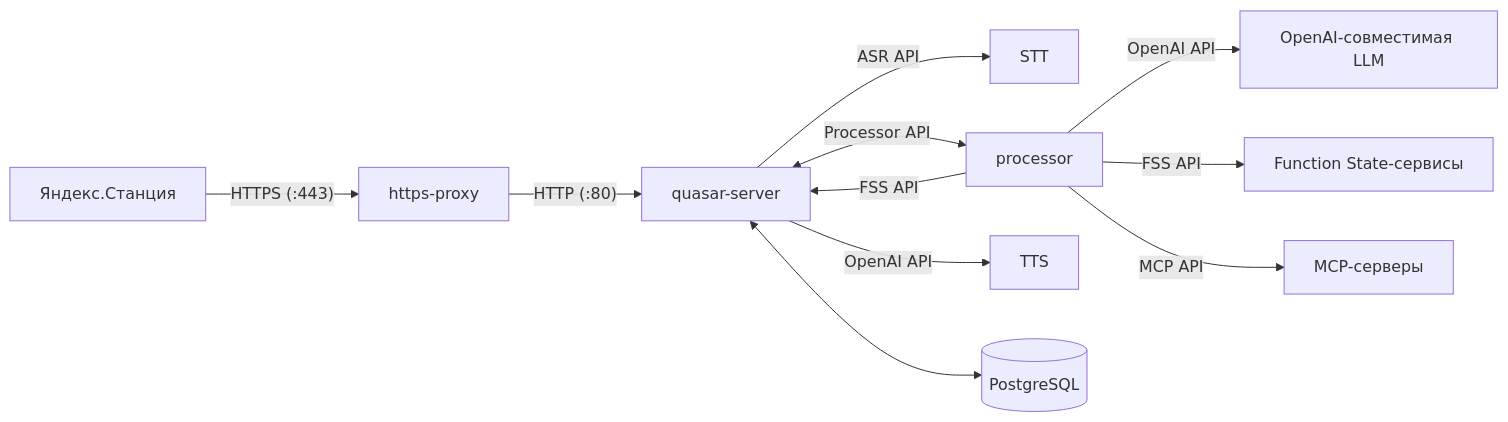
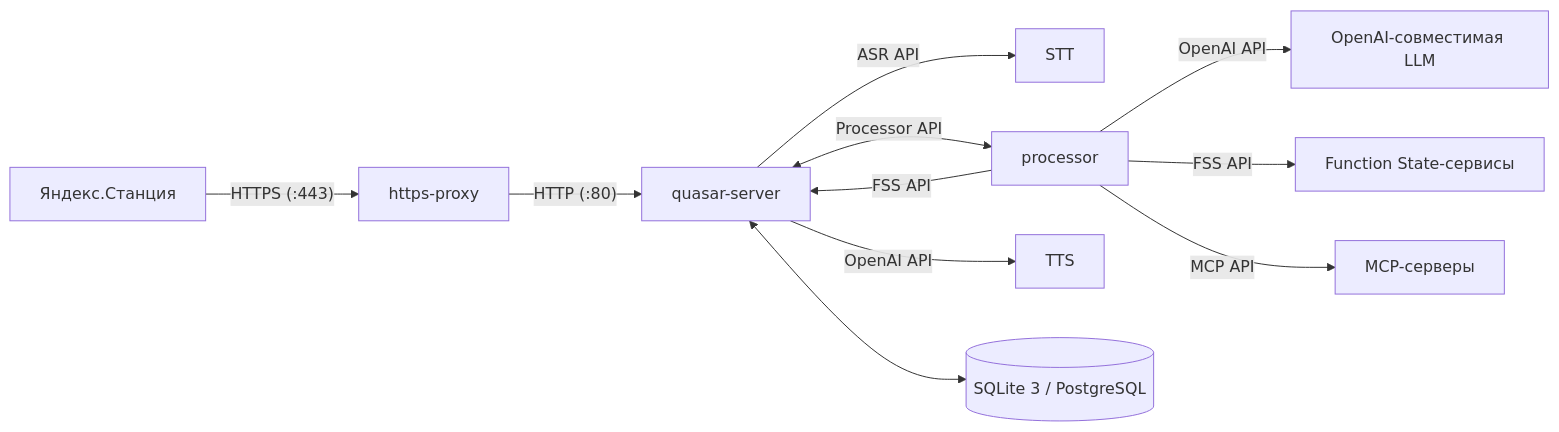
Before and after one commit to v3rt3p/v3rt3p.github.io: the diagram in ru/architecture.md, drawn with Mermaid. The commit also changed 11 other files, not shown here.

````diff
--- a/ru/architecture.md
+++ b/ru/architecture.md
@@ -3,13 +3,13 @@
 ```mermaid
 flowchart LR
   station[Яндекс.Станция] -- HTTPS (:443) --> proxy[https-proxy]
   proxy -- HTTP (:80) --> quasar[quasar-server]
   quasar -- ASR API --> asr[STT]
   quasar <-- Processor API --> processor[processor]
   processor -- OpenAI API --> llm[OpenAI-совместимая LLM]
   processor -- FSS API --> function-state-servers[Function State-сервисы]
   processor -- FSS API --> quasar
   processor -- MCP API --> mcp-servers[MCP-серверы]
   quasar -- OpenAI API --> tts[TTS]
-  quasar <--> db[(PostgreSQL)]
+  quasar <--> db[(SQLite 3 / PostgreSQL)]
 ```
````
